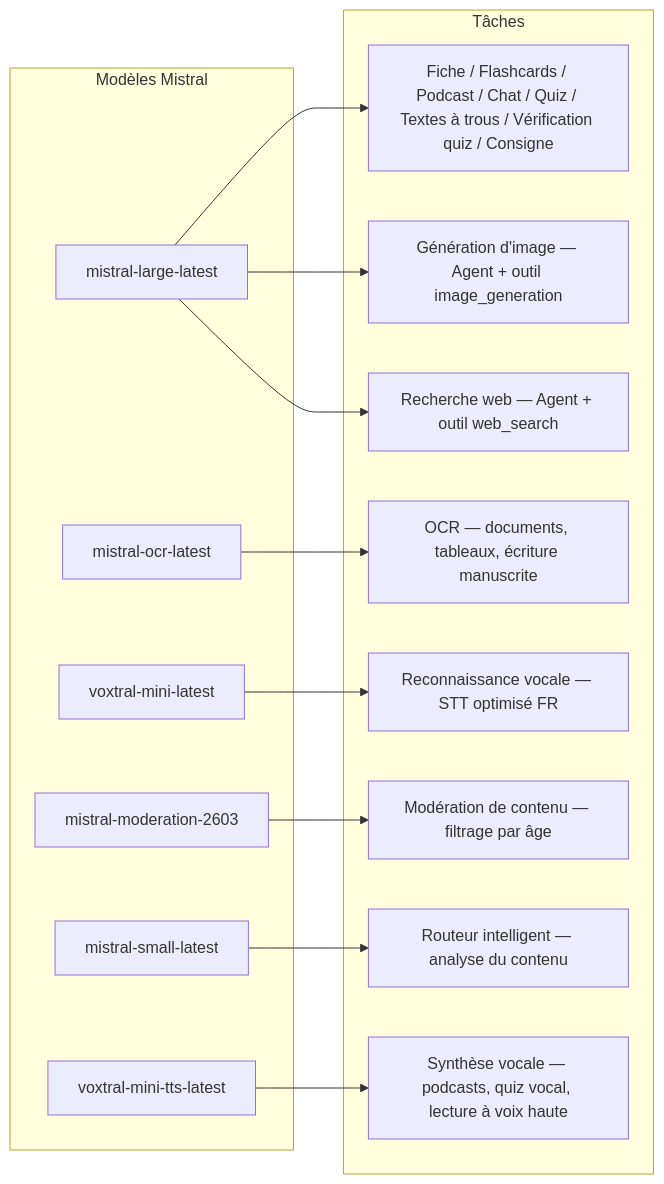
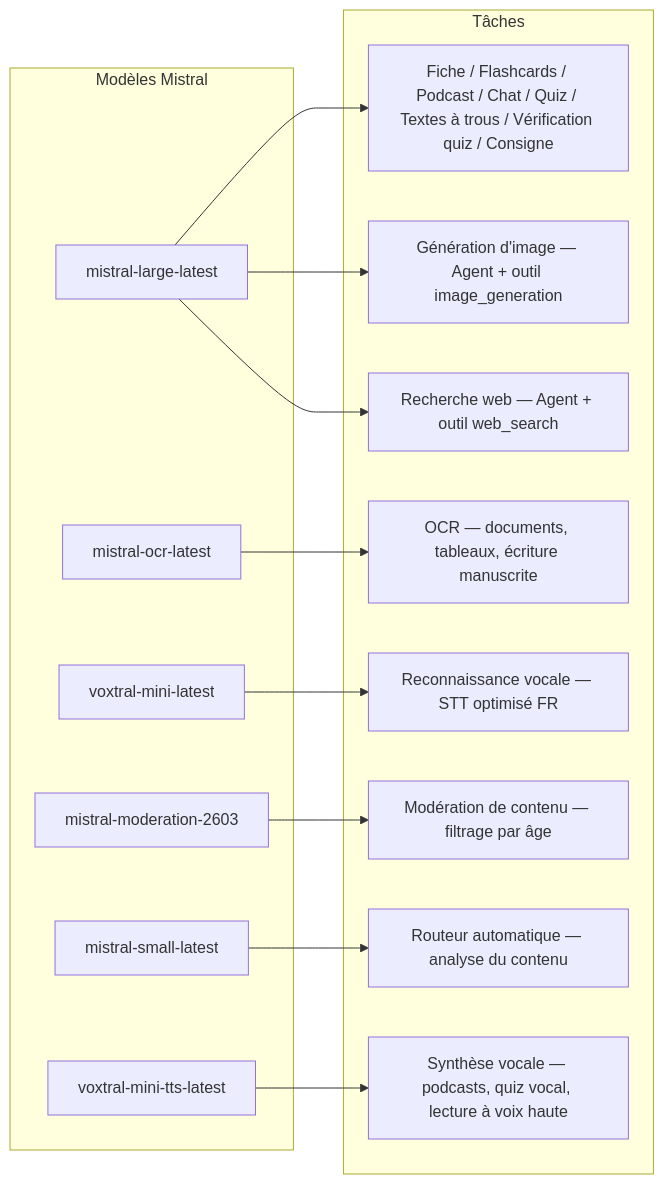
The second of 3 diagrams in README-ar.md (jls42/EurekAI), drawn with Mermaid before and after one commit. The commit also changed other lines of this file and 18 other files, not shown here.

````diff
--- a/README-ar.md
+++ b/README-ar.md
@@ -117,31 +117,31 @@
 ```mermaid
 flowchart LR
     subgraph "Modèles Mistral"
         ML["mistral-large-latest"]
         MO["mistral-ocr-latest"]
         MV["voxtral-mini-latest"]
         MMod["mistral-moderation-2603"]
         MS["mistral-small-latest"]
         MTTS["voxtral-mini-tts-latest"]
     end
 
     subgraph "Tâches"
         T1["Fiche / Flashcards / Podcast / Chat / Quiz / Textes à trous / Vérification quiz / Consigne"]
         T2["OCR — documents, tableaux, écriture manuscrite"]
         T3["Reconnaissance vocale — STT optimisé FR"]
         T4["Modération de contenu — filtrage par âge"]
-        T5["Routeur intelligent — analyse du contenu"]
+        T5["Routeur automatique — analyse du contenu"]
         T6["Génération d'image — Agent + outil image_generation"]
         T7["Recherche web — Agent + outil web_search"]
         T8["Synthèse vocale — podcasts, quiz vocal, lecture à voix haute"]
     end
 
     ML --> T1
     MO --> T2
     MV --> T3
     MMod --> T4
     MS --> T5
     ML --> T6
     ML --> T7
     MTTS --> T8
 ```
````
